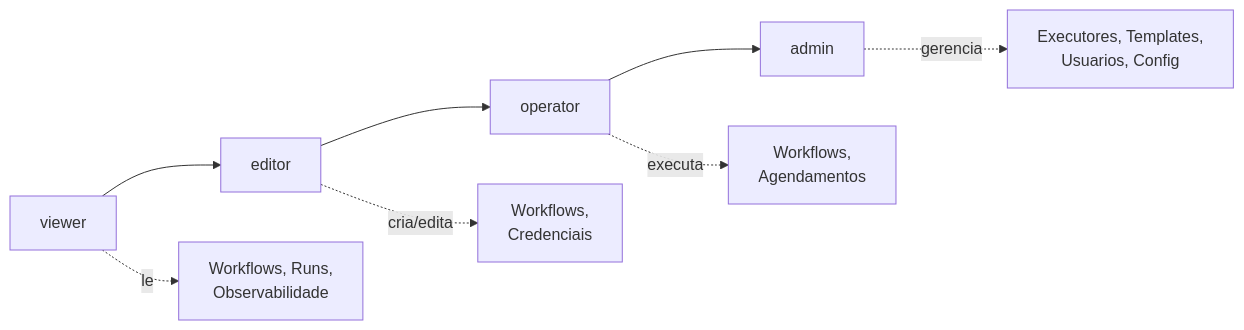
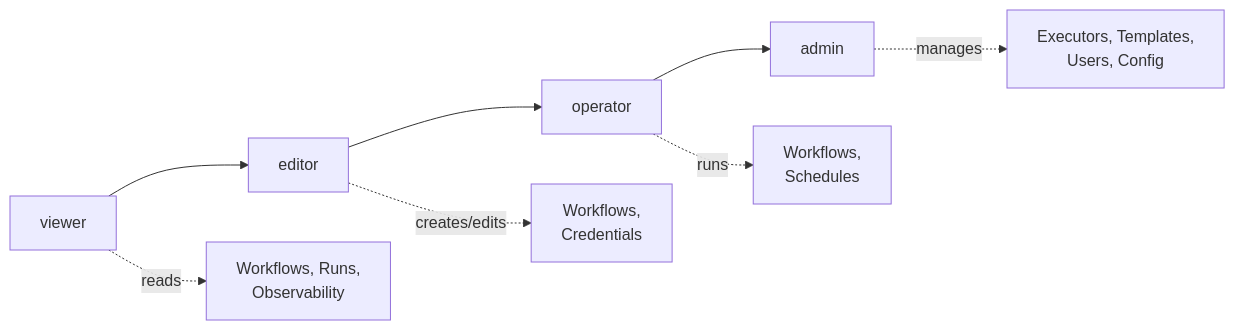
Diagram 11 of 15 in docs/architecture.md (jlanio/atlans), drawn with Mermaid before and after one commit. The commit also changed other lines of this file and 41 other files, not shown here.

````diff
--- a/docs/architecture.md
+++ b/docs/architecture.md
@@ -1027,9 +1028,9 @@
 ```mermaid
 graph LR
     V["viewer"] --> E["editor"] --> O["operator"] --> A["admin"]
 
-    V -.->|"le"| W["Workflows, Runs,<br/>Observabilidade"]
-    E -.->|"cria/edita"| C["Workflows,<br/>Credenciais"]
-    O -.->|"executa"| X["Workflows,<br/>Agendamentos"]
-    A -.->|"gerencia"| M["Executores, Templates,<br/>Usuarios, Config"]
+    V -.->|"reads"| W["Workflows, Runs,<br/>Observability"]
+    E -.->|"creates/edits"| C["Workflows,<br/>Credentials"]
+    O -.->|"runs"| X["Workflows,<br/>Schedules"]
+    A -.->|"manages"| M["Executors, Templates,<br/>Users, Config"]
 ```
````
